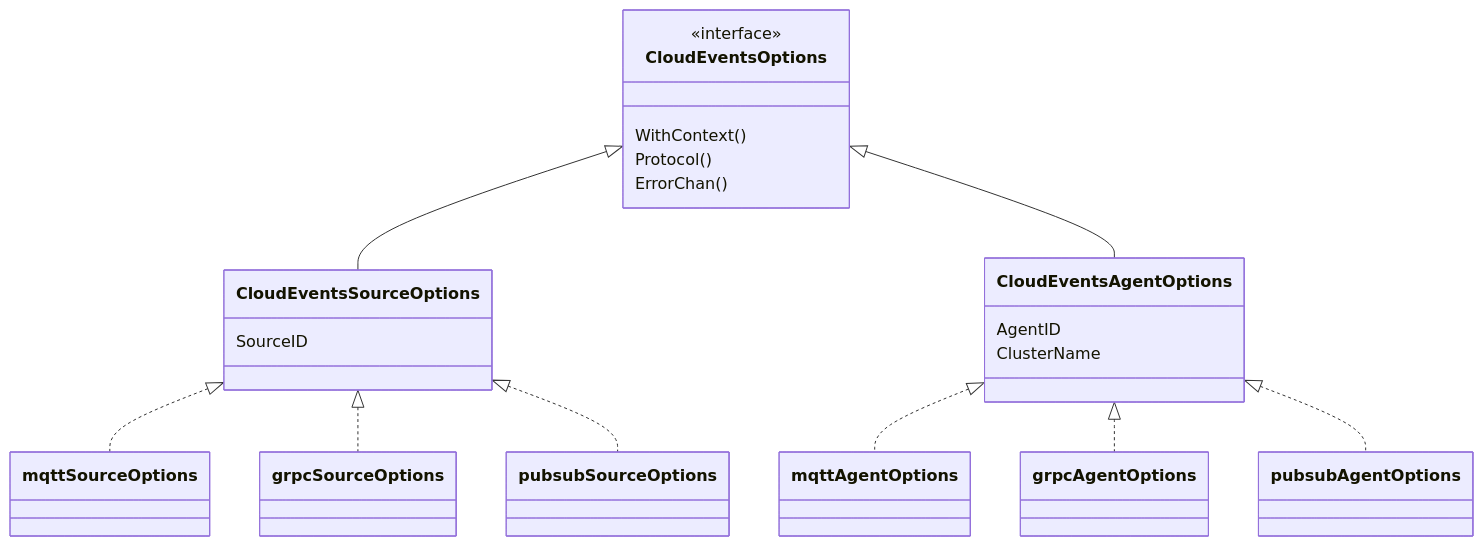
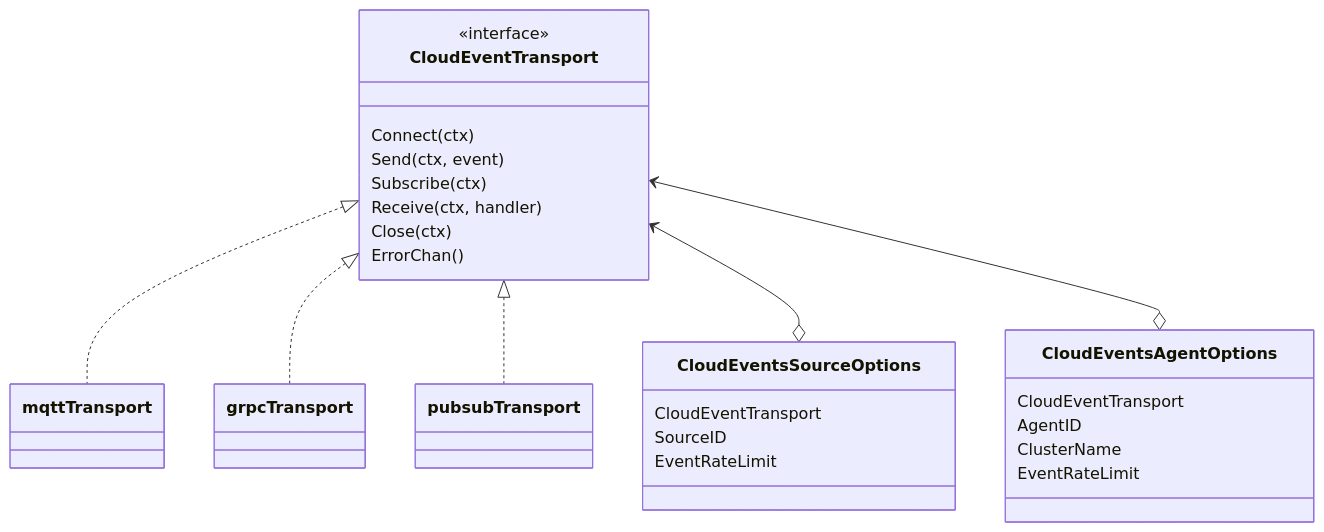
Before and after one commit to open-cluster-management-io/sdk-go: the first of 10 diagrams in pkg/cloudevents/doc/design.md, drawn with Mermaid. The commit also changed other lines of this file and 2 other files, not shown here.

Commit message:
Update CloudEvents documentation to reflect current API (#213)

````diff
--- a/pkg/cloudevents/doc/design.md
+++ b/pkg/cloudevents/doc/design.md
@@ -21,30 +38,32 @@
 ```mermaid
 classDiagram
-class CloudEventsOptions {
+class CloudEventTransport {
     <<interface>>
-    WithContext()
-    Protocol()
+    Connect(ctx)
+    Send(ctx, event)
+    Subscribe(ctx)
+    Receive(ctx, handler)
+    Close(ctx)
     ErrorChan()
 }
 
 class CloudEventsSourceOptions{
+    CloudEventTransport
     SourceID
+    EventRateLimit
 }
 
 class CloudEventsAgentOptions{
+    CloudEventTransport
     AgentID
     ClusterName
+    EventRateLimit
 }
 
-CloudEventsOptions <|-- CloudEventsSourceOptions
-CloudEventsOptions <|-- CloudEventsAgentOptions
+CloudEventTransport <|.. mqttTransport
+CloudEventTransport <|.. grpcTransport
+CloudEventTransport <|.. pubsubTransport
 
-CloudEventsSourceOptions <|.. mqttSourceOptions
-CloudEventsAgentOptions <|.. mqttAgentOptions
-
-CloudEventsSourceOptions <|.. grpcSourceOptions
-CloudEventsAgentOptions <|.. grpcAgentOptions
-
-CloudEventsSourceOptions <|.. pubsubSourceOptions
-CloudEventsAgentOptions <|.. pubsubAgentOptions
+CloudEventTransport <--o CloudEventsSourceOptions
+CloudEventTransport <--o CloudEventsAgentOptions
 ```
````
